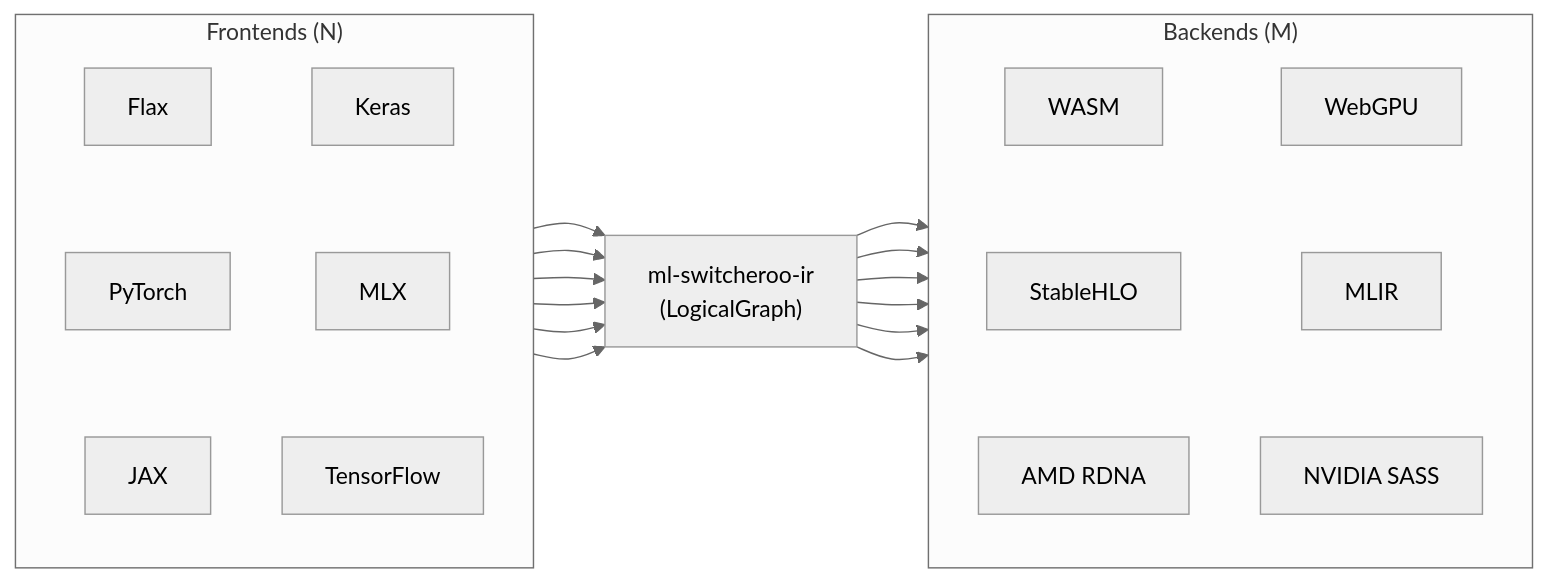
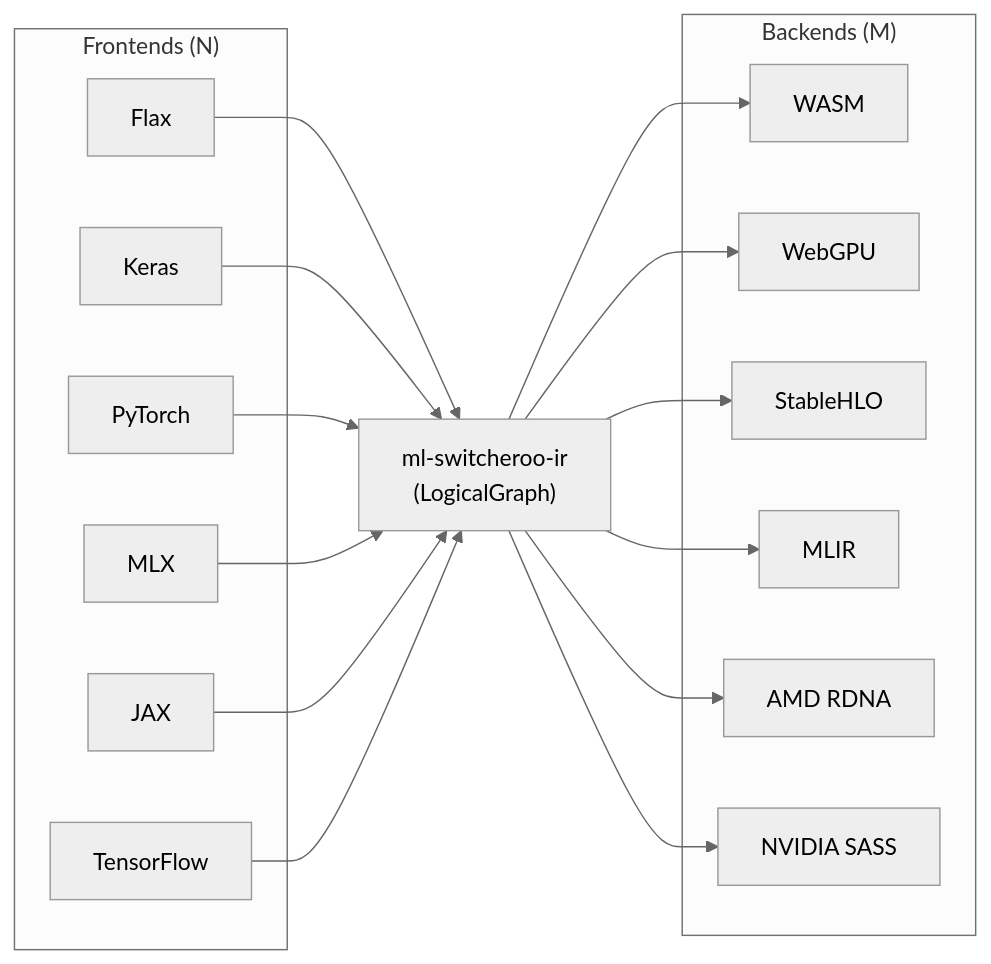
The diagram in README.md (SamuelMarks/ml-switcheroo-ir), drawn with Mermaid (neutral theme) before and after one commit. The commit also changed other lines of this file and 5 other files, not shown here.

````diff
--- a/README.md
+++ b/README.md
@@ -19,30 +19,36 @@
 ```mermaid
 flowchart LR
     subgraph Frontends["Frontends (N)"]
-        direction TB
-        Flax["Flax"] ~~~ PyTorch["PyTorch"] ~~~ JAX["JAX"]
-        Keras["Keras"] ~~~ MLX["MLX"] ~~~ TensorFlow["TensorFlow"]
+        Flax["Flax"]
+        Keras["Keras"]
+        PyTorch["PyTorch"]
+        MLX["MLX"]
+        JAX["JAX"]
+        TensorFlow["TensorFlow"]
     end
 
     IR["ml-switcheroo-ir<br/>(LogicalGraph)"]
 
     subgraph Backends["Backends (M)"]
-        direction TB
-        WASM["WASM"] ~~~ StableHLO["StableHLO"] ~~~ RDNA["AMD RDNA"]
-        WebGPU["WebGPU"] ~~~ MLIR["MLIR"] ~~~ SASS["NVIDIA SASS"]
+        WASM["WASM"]
+        WebGPU["WebGPU"]
+        StableHLO["StableHLO"]
+        MLIR["MLIR"]
+        RDNA["AMD RDNA"]
+        SASS["NVIDIA SASS"]
     end
 
     Flax --> IR
     Keras --> IR
     PyTorch --> IR
     MLX --> IR
     JAX --> IR
     TensorFlow --> IR
 
     IR --> WASM
     IR --> WebGPU
     IR --> StableHLO
     IR --> MLIR
     IR --> RDNA
     IR --> SASS
 ```
````
